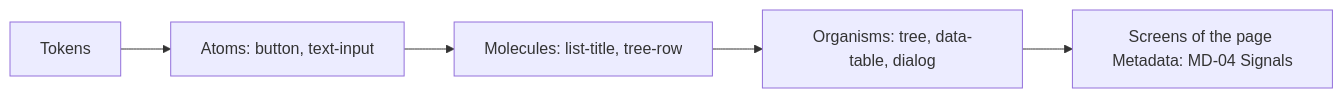
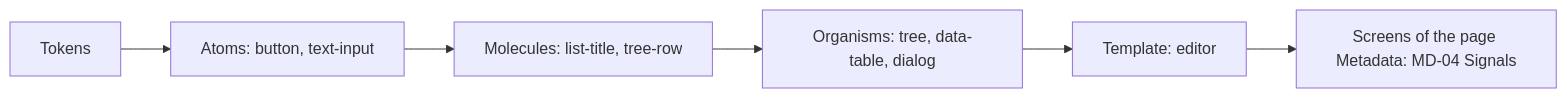
The diagram in design-system/04-components.md (AlexandreGallais/synoptic-studio-spec), drawn with Mermaid before and after one commit. The commit also changed other lines of this file and 212 other files, not shown here.

````diff
--- a/design-system/04-components.md
+++ b/design-system/04-components.md
@@ -13,7 +15,13 @@
 ```mermaid
 flowchart LR
     T["Tokens"] --> A["Atoms: button, text-input"]
     A --> M["Molecules: list-title, tree-row"]
     M --> O["Organisms: tree, data-table, dialog"]
-    O --> S["Screens of the page Metadata: MD-04 Signals"]
+    O --> TE["Template: editor"]
+    TE --> S["Screens of the page Metadata: MD-04 Signals"]
+    %% link A atoms/README.md
+    %% link M molecules/README.md
+    %% link O organisms/README.md
+    %% link TE templates/README.md
+    %% link S metadata/README.md
 ```
````
